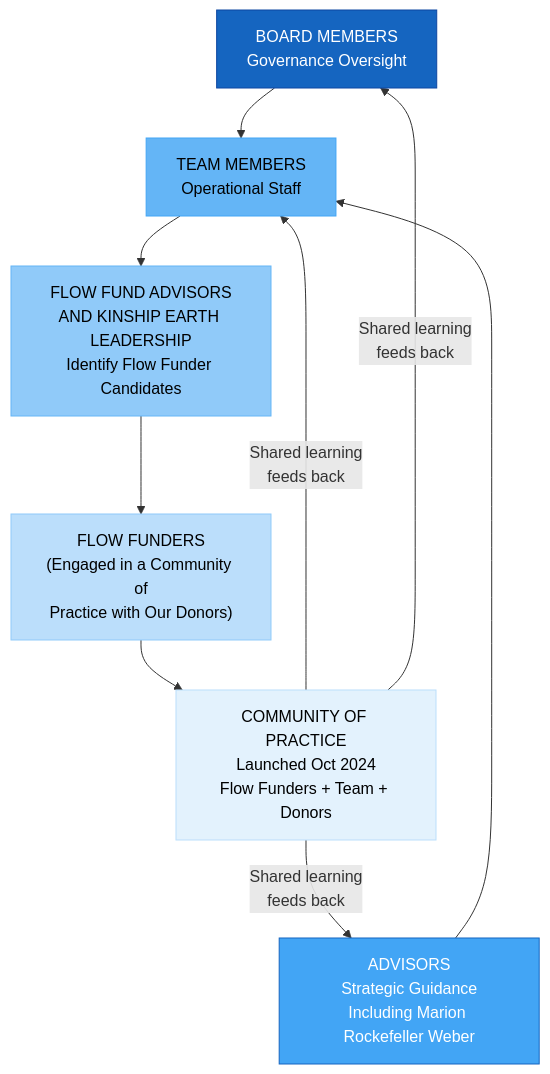
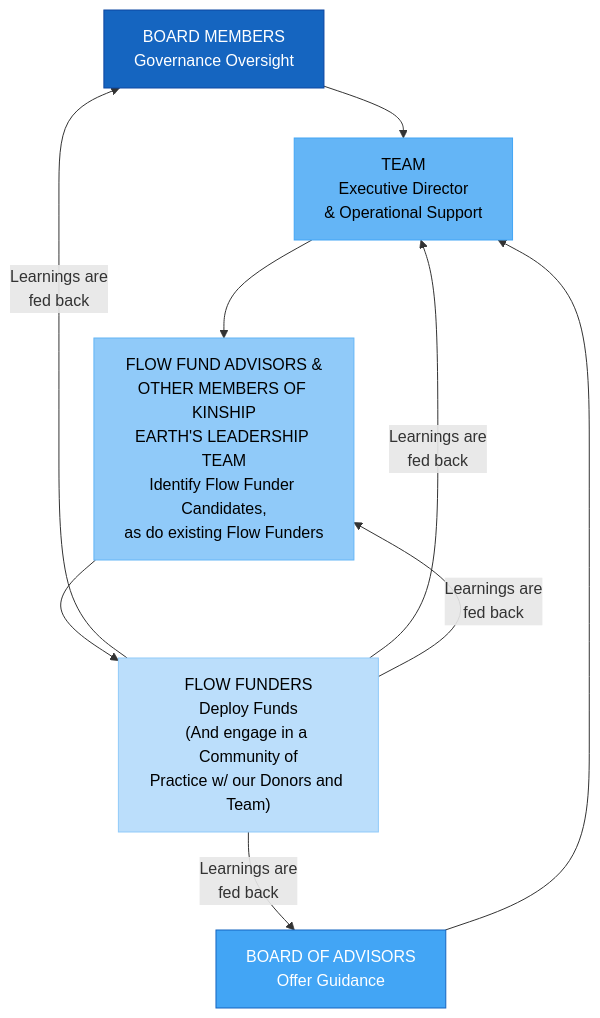
The third of 4 diagrams in kinship-earth/EXECUTIVE-SUMMARY.md (Light-Brands/sydney), drawn with Mermaid before and after one commit. The commit also changed other lines of this file, not shown here.

Commit message:
Update governance structure, development phases, and leadership in Executive Summary
- Redesign governance structure diagram: Board Members and Board of Advisors
  flow to Team, then Flow Fund Advisors, then Flow Funders, with learnings
  feeding back to all layers
- Update Communities of Practice to include (CoP) abbreviation and "team members"
- Update Phase 3 box text to emphasize supporting creation of autonomous funds
- Change Phase 1 "Support" to "Supporting" for consistency
- Add "offering:" to Phase 3 backbone infrastructure description
- Add bioregional tokenomics and community gardening to Walter Moora's focus
- Add network building and NE of Turtle Island bioregional tending to Josie Watson's focus

https://claude.ai/code/session_01Xn6DS9aBMWP5wZMVMjUHkv

````diff
--- a/kinship-earth/EXECUTIVE-SUMMARY.md
+++ b/kinship-earth/EXECUTIVE-SUMMARY.md
@@ -172,25 +172,23 @@
 ```mermaid
 flowchart TD
     BOARD["BOARD MEMBERS<br/>Governance Oversight"]
-    ADV["ADVISORS<br/>Strategic Guidance<br/>Including Marion Rockefeller Weber"]
-    TEAM["TEAM MEMBERS<br/>Operational Staff"]
-    FFA["FLOW FUND ADVISORS<br/>AND KINSHIP EARTH LEADERSHIP<br/>Identify Flow Funder Candidates"]
-    FF["FLOW FUNDERS<br/>(Engaged in a Community of<br/>Practice with Our Donors)"]
-    COP["COMMUNITY OF PRACTICE<br/>Launched Oct 2024<br/>Flow Funders + Team + Donors"]
+    BOA["BOARD OF ADVISORS<br/>Offer Guidance"]
+    TEAM["TEAM<br/>Executive Director<br/>& Operational Support"]
+    FFA["FLOW FUND ADVISORS &<br/>OTHER MEMBERS OF KINSHIP<br/>EARTH'S LEADERSHIP TEAM<br/>Identify Flow Funder Candidates,<br/>as do existing Flow Funders"]
+    FF["FLOW FUNDERS<br/>Deploy Funds<br/>(And engage in a Community of<br/>Practice w/ our Donors and Team)"]
 
     BOARD --> TEAM
-    ADV --> TEAM
+    BOA --> TEAM
     TEAM --> FFA
     FFA --> FF
-    FF --> COP
-    COP -->|"Shared learning<br/>feeds back"| TEAM
-    COP -->|"Shared learning<br/>feeds back"| BOARD
-    COP -->|"Shared learning<br/>feeds back"| ADV
+    FF -->|"Learnings are<br/>fed back"| BOARD
+    FF -->|"Learnings are<br/>fed back"| BOA
+    FF -->|"Learnings are<br/>fed back"| TEAM
+    FF -->|"Learnings are<br/>fed back"| FFA
 
     style BOARD fill:#1565C0,stroke:#0D47A1,color:#fff
-    style ADV fill:#42A5F5,stroke:#1565C0,color:#fff
+    style BOA fill:#42A5F5,stroke:#1565C0,color:#fff
     style TEAM fill:#64B5F6,stroke:#42A5F5,color:#000
     style FFA fill:#90CAF9,stroke:#64B5F6,color:#000
     style FF fill:#BBDEFB,stroke:#90CAF9,color:#000
-    style COP fill:#E3F2FD,stroke:#BBDEFB,color:#000
 ```
````
